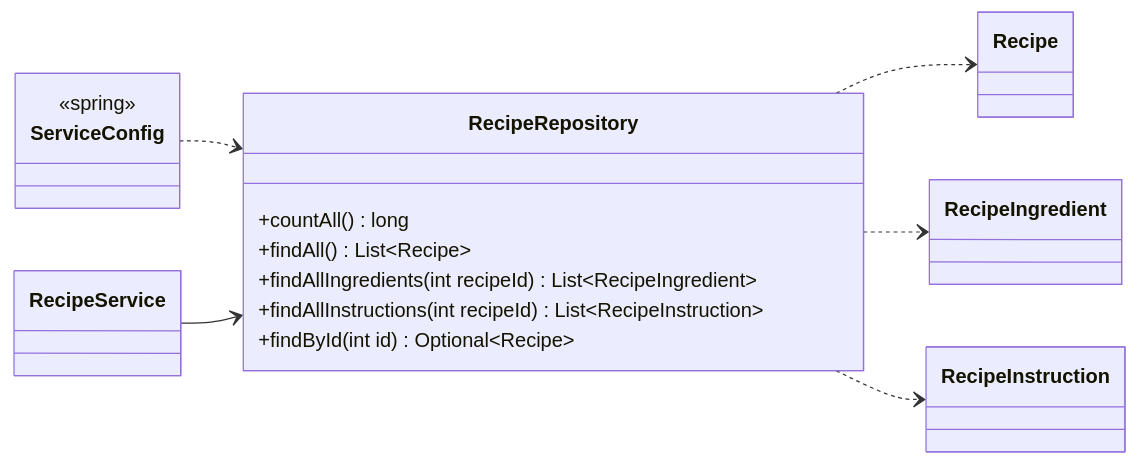
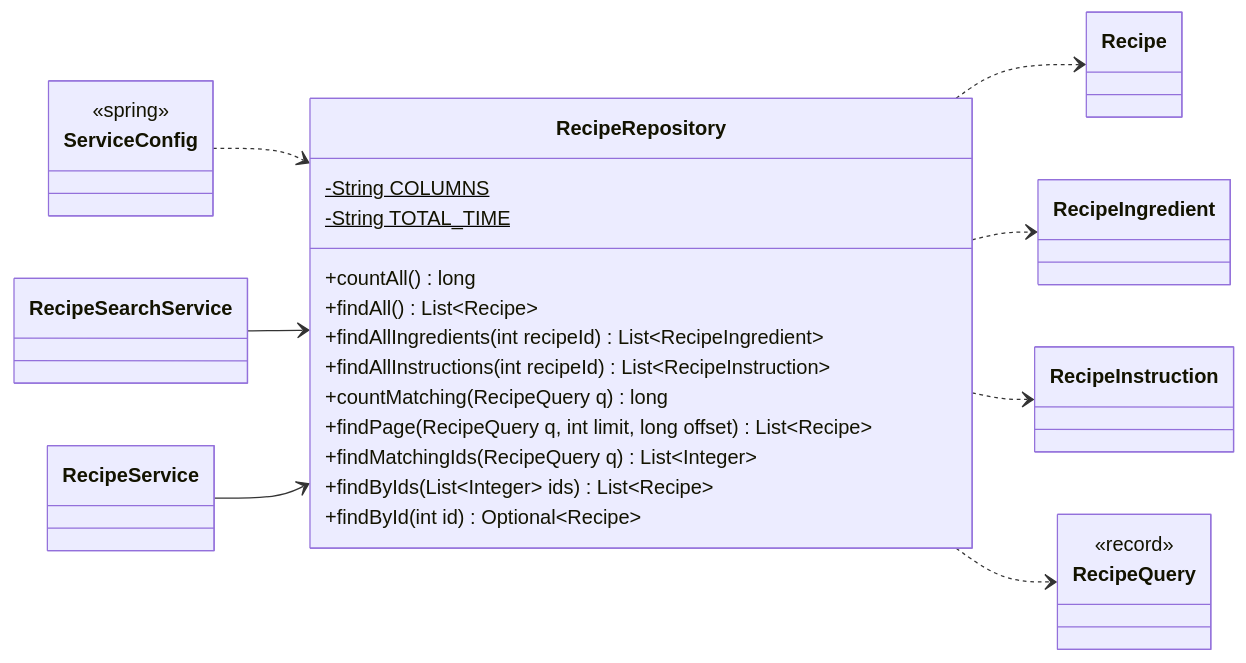
One commit to Nate-ryan-7690/dahaem changed the tenth of 19 diagrams in docs/classes/mealplanner.md. Above: the diagram before and after it, drawn with Mermaid. The commit also changed other lines of this file and 35 other files, not shown here.

First line of the commit message:
Recipe search and paging for GET /api/recipes

````diff
--- a/docs/classes/mealplanner.md
+++ b/docs/classes/mealplanner.md
@@ -510,23 +606,35 @@
 ```mermaid
 classDiagram
     direction LR
     class mealplanner_RecipeRepository["RecipeRepository"] {
         +countAll() long
         +findAll() List~Recipe~
         +findAllIngredients(int recipeId) List~RecipeIngredient~
         +findAllInstructions(int recipeId) List~RecipeInstruction~
+        -String COLUMNS$
+        -String TOTAL_TIME$
+        +countMatching(RecipeQuery q) long
+        +findPage(RecipeQuery q, int limit, long offset) List~Recipe~
+        +findMatchingIds(RecipeQuery q) List~Integer~
+        +findByIds(List~Integer~ ids) List~Recipe~
         +findById(int id) Optional~Recipe~
     }
+    class mealplanner_RecipeSearchService["RecipeSearchService"]
     class mealplanner_RecipeService["RecipeService"]
     class mealplanner_Recipe["Recipe"]
     class mealplanner_RecipeIngredient["RecipeIngredient"]
     class mealplanner_RecipeInstruction["RecipeInstruction"]
+    class mealplanner_RecipeQuery["RecipeQuery"] {
+        <<record>>
+    }
     class api_ServiceConfig["ServiceConfig"] {
         <<spring>>
     }
     mealplanner_RecipeRepository ..> mealplanner_Recipe
     mealplanner_RecipeRepository ..> mealplanner_RecipeIngredient
     mealplanner_RecipeRepository ..> mealplanner_RecipeInstruction
+    mealplanner_RecipeRepository ..> mealplanner_RecipeQuery
     api_ServiceConfig ..> mealplanner_RecipeRepository
+    mealplanner_RecipeSearchService --> mealplanner_RecipeRepository
     mealplanner_RecipeService --> mealplanner_RecipeRepository
 ```
````
